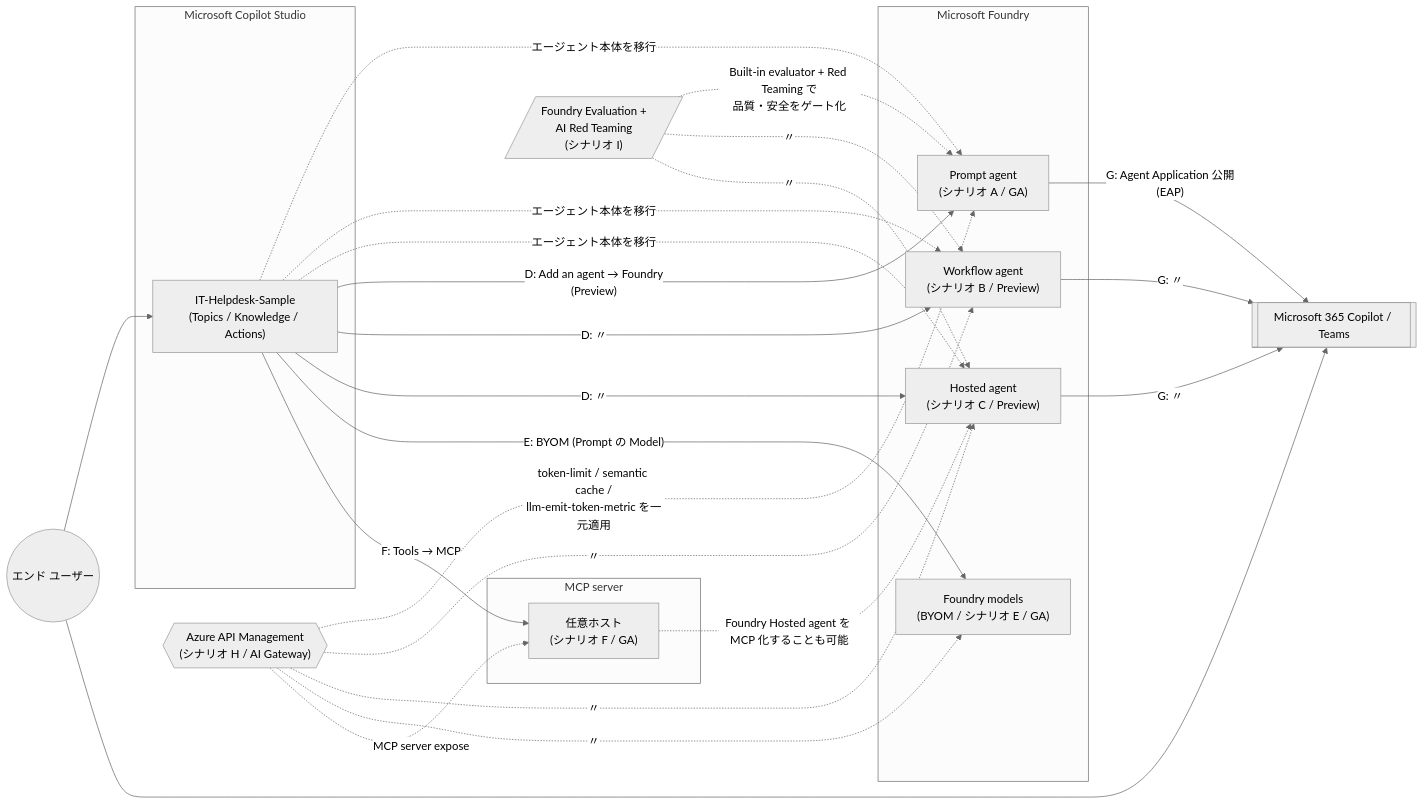
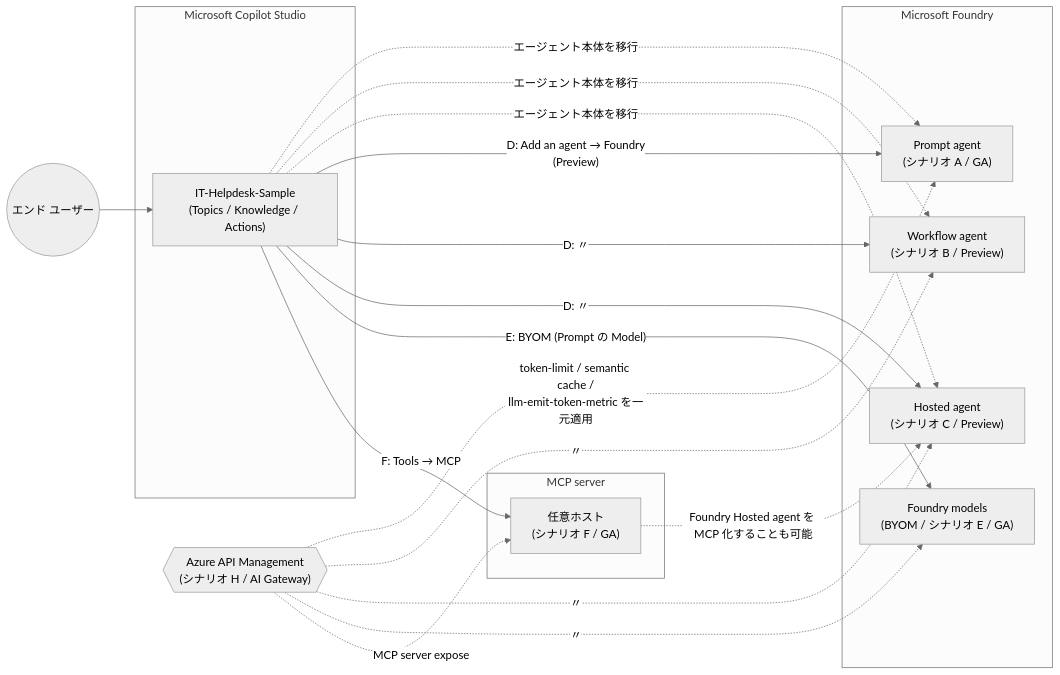
One commit to 213yuka/copilot-studio-foundry-lab changed the diagram in README.md. Above: the diagram before and after it, drawn with Mermaid (neutral theme). The commit also changed other lines of this file and 58 other files, not shown here.

First line of the commit message:
docs: verify and refine Copilot Studio agent guide (00) with UI screenshots

````diff
--- a/README.md
+++ b/README.md
@@ -30,46 +30,35 @@
 ```mermaid
 flowchart LR
   User((エンド ユーザー))
   subgraph CS["Microsoft Copilot Studio"]
     CSAgent["IT-Helpdesk-Sample<br/>(Topics / Knowledge / Actions)"]
   end
   subgraph Foundry["Microsoft Foundry"]
     PA["Prompt agent<br/>(シナリオ A / GA)"]
     WA["Workflow agent<br/>(シナリオ B / Preview)"]
     HA["Hosted agent<br/>(シナリオ C / Preview)"]
     Model["Foundry models<br/>(BYOM / シナリオ E / GA)"]
   end
   subgraph MCP["MCP server"]
     MCPSrv["任意ホスト<br/>(シナリオ F / GA)"]
   end
-  M365[["Microsoft 365 Copilot / Teams"]]
   APIM{{"Azure API Management<br/>(シナリオ H / AI Gateway)"}}
-  Eval[/"Foundry Evaluation +<br/>AI Red Teaming<br/>(シナリオ I)"/]
 
   User --> CSAgent
-  User --> M365
 
   CSAgent -.エージェント本体を移行.-> PA
   CSAgent -.エージェント本体を移行.-> WA
   CSAgent -.エージェント本体を移行.-> HA
   CSAgent --"D: Add an agent → Foundry<br/>(Preview)"--> PA
   CSAgent --"D: 〃"--> WA
   CSAgent --"D: 〃"--> HA
   CSAgent --"E: BYOM (Prompt の Model)"--> Model
   CSAgent --"F: Tools → MCP"--> MCPSrv
   MCPSrv -.Foundry Hosted agent を MCP 化することも可能.-> HA
 
-  PA --"G: Agent Application 公開<br/>(EAP)"--> M365
-  WA --"G: 〃"--> M365
-  HA --"G: 〃"--> M365
-
   APIM -.token-limit / semantic cache /<br/>llm-emit-token-metric を一元適用.-> PA
   APIM -.〃.-> WA
   APIM -.〃.-> HA
   APIM -.〃.-> Model
   APIM -.MCP server expose.-> MCPSrv
-
-  Eval -.Built-in evaluator + Red Teaming で<br/>品質・安全をゲート化.-> PA
-  Eval -.〃.-> WA
-  Eval -.〃.-> HA
 ```
````
